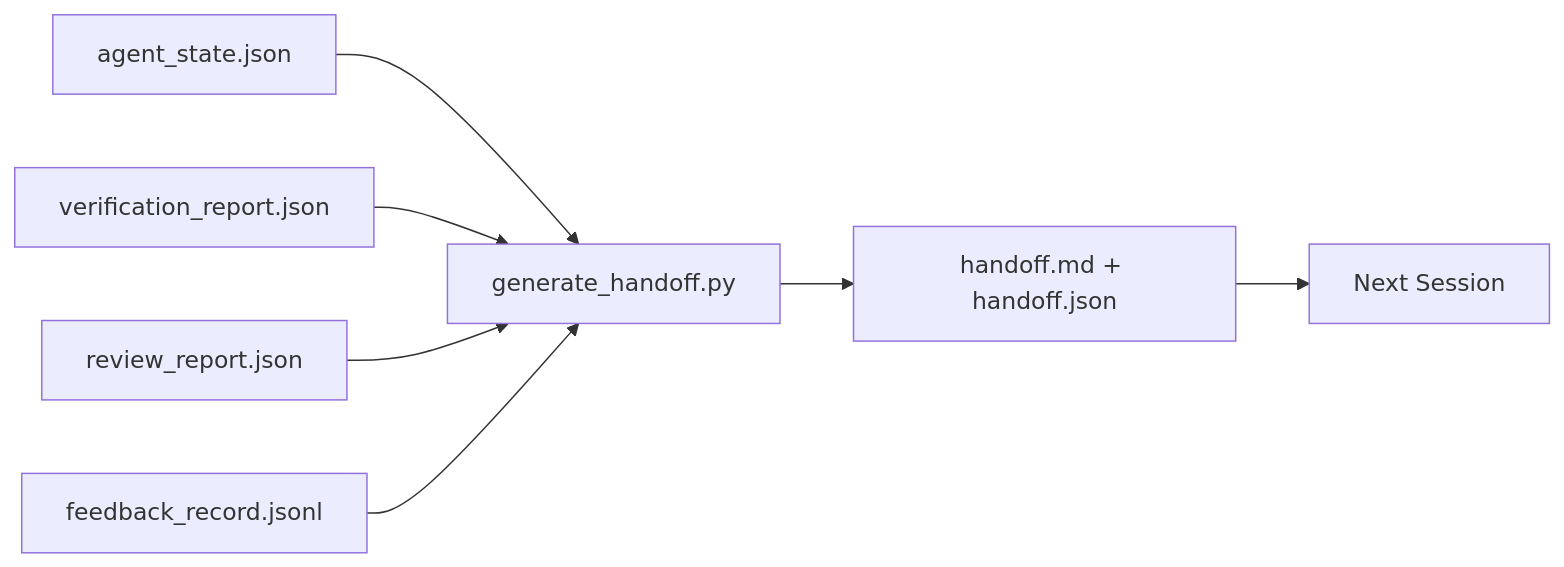
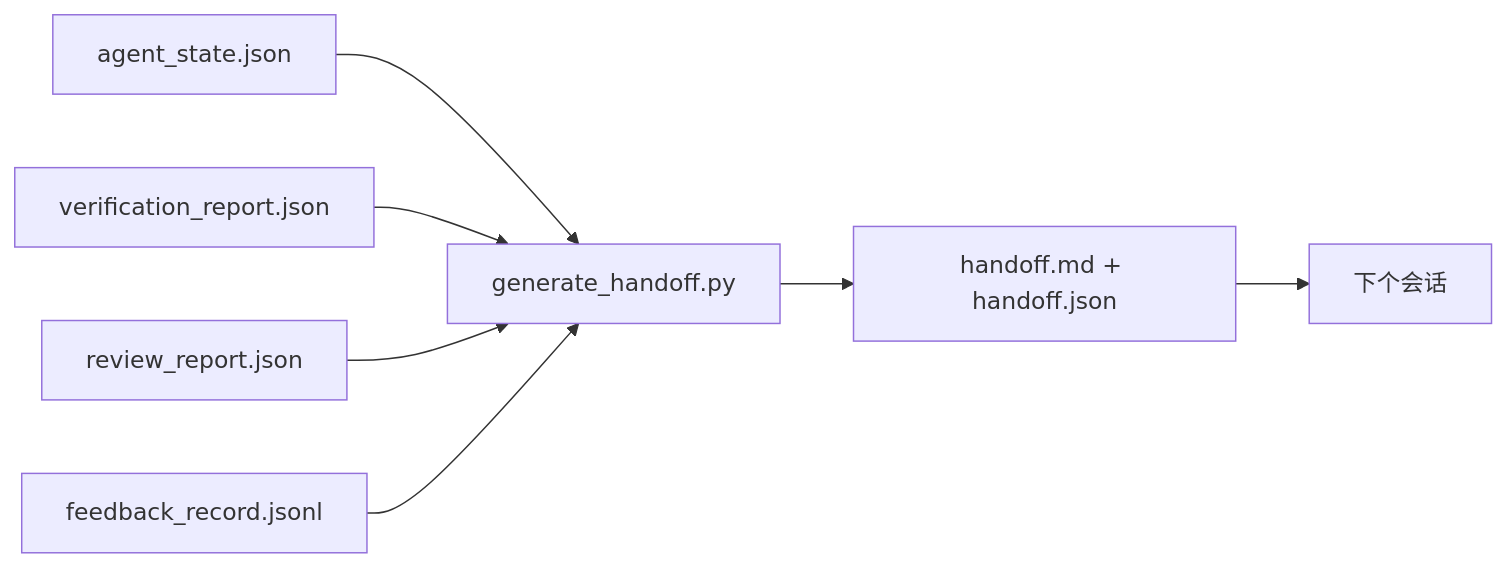
The diagram in phases/14-agent-engineering/40-multi-session-handoff/docs/zh-CN.md (husky1102/ai-engineering-from-scratch-zh), drawn with Mermaid before and after one commit. The commit also changed other lines of this file and 4 other files, not shown here.

````diff
--- a/phases/14-agent-engineering/40-multi-session-handoff/docs/zh-CN.md
+++ b/phases/14-agent-engineering/40-multi-session-handoff/docs/zh-CN.md
@@ -25,9 +25,9 @@
 ```mermaid
 flowchart LR
   State[agent_state.json] --> Generator[generate_handoff.py]
   Verdict[verification_report.json] --> Generator
   Review[review_report.json] --> Generator
   Feedback[feedback_record.jsonl] --> Generator
   Generator --> Handoff[handoff.md + handoff.json]
-  Handoff --> Next[Next Session]
+  Handoff --> Next[下个会话]
 ```
````
